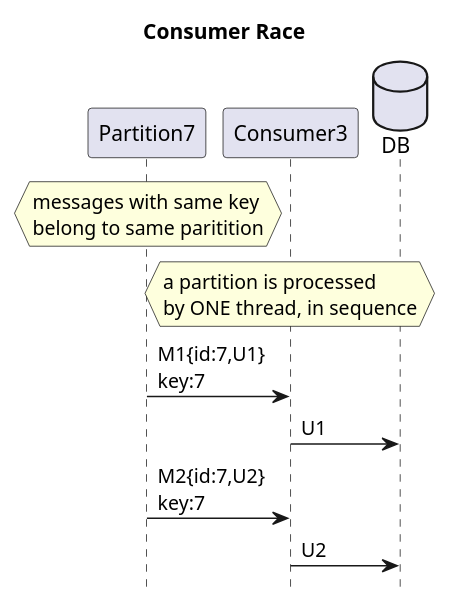
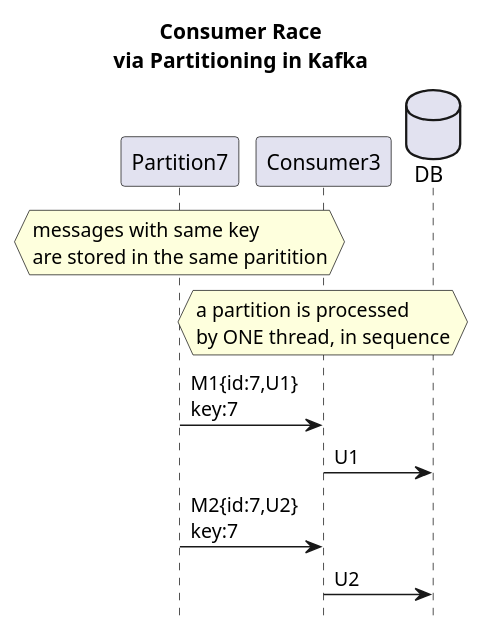
One commit to victorrentea/kafka changed the diagram in patterns/2a_out_of_order_c___kafka.puml. Above: the diagram before and after it, drawn with PlantUML. The commit also changed 5 other files, not shown here.

```diff
--- a/patterns/2a_out_of_order_c___kafka.puml
+++ b/patterns/2a_out_of_order_c___kafka.puml
@@ -1,12 +1,12 @@
 @startuml
-title Consumer Race
+title Consumer Race\nvia Partitioning in Kafka
 hide footbox
 database DB order 10
 
-hnote over Partition7: messages with same key\nbelong to same paritition
+hnote over Partition7: messages with same key\nare stored in the same paritition
 hnote over Consumer3: a partition is processed\nby ONE thread, in sequence
 Partition7->Consumer3: M1{id:7,U1}\nkey:7
 Consumer3->DB: U1
 Partition7->Consumer3: M2{id:7,U2}\nkey:7
 Consumer3->DB: U2
 @enduml
```
